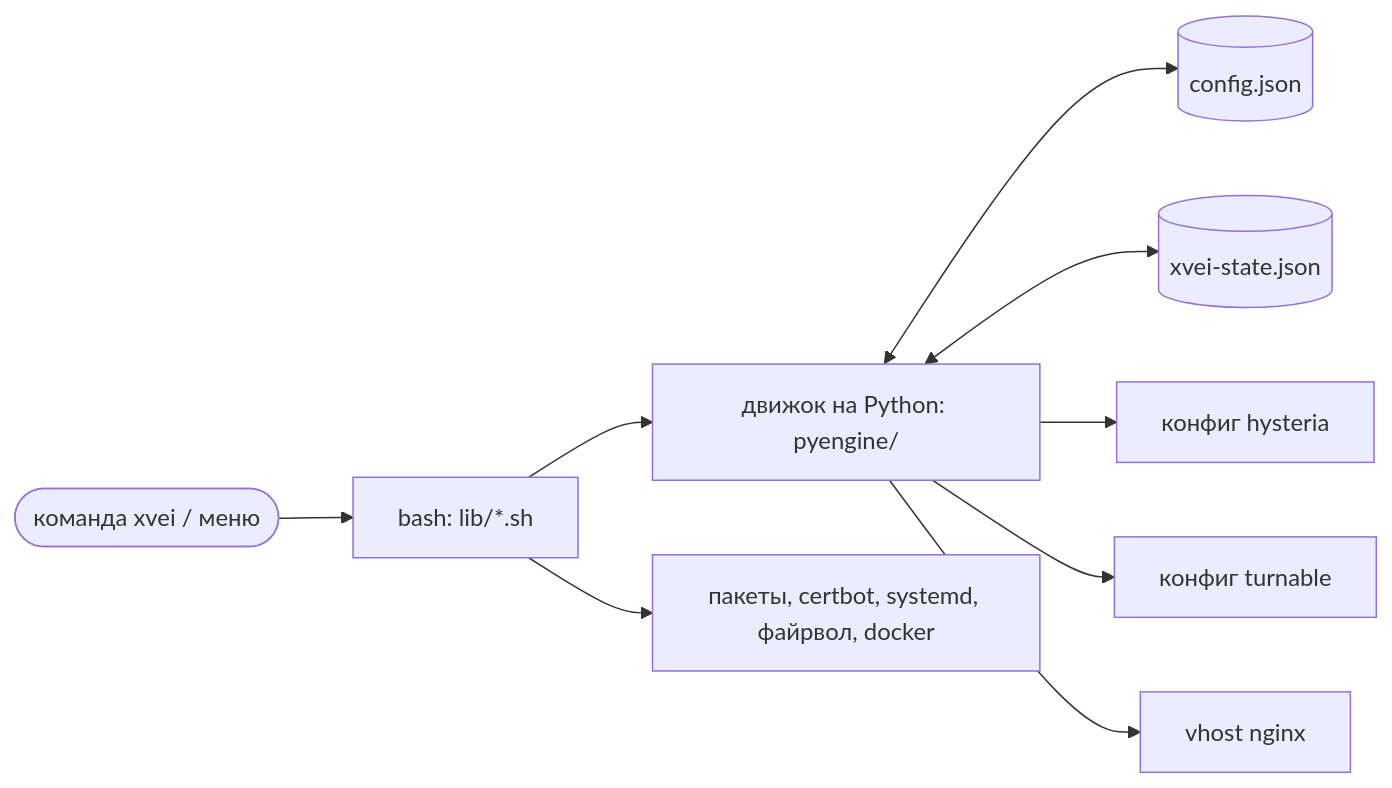
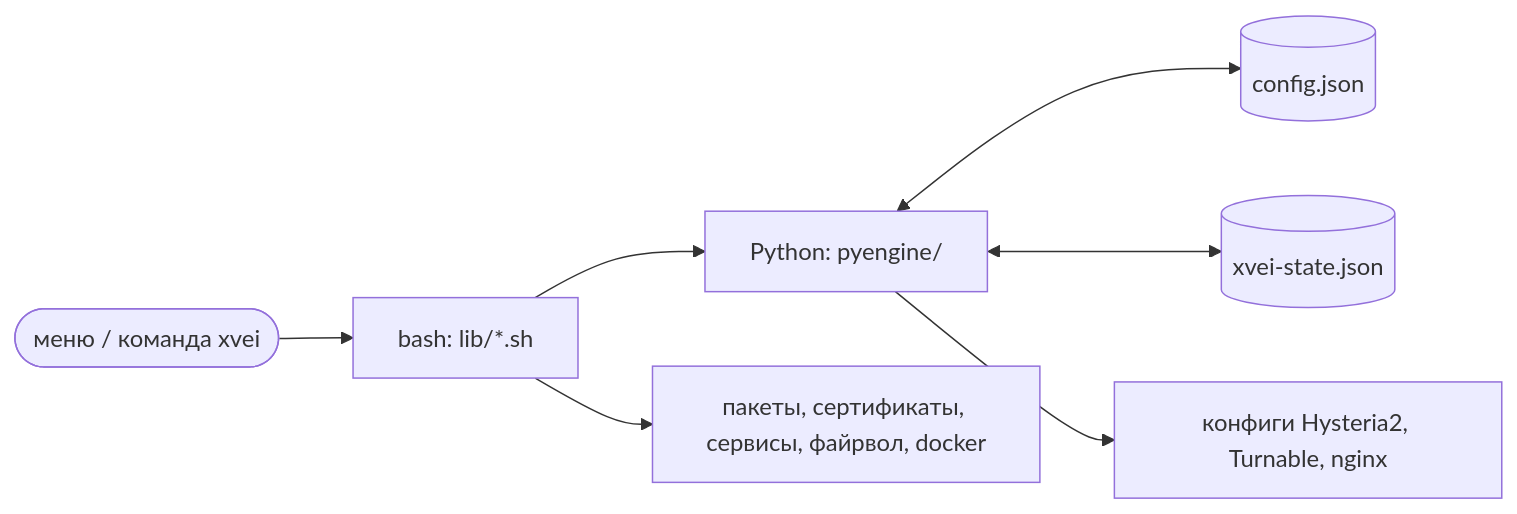
Before and after one commit to Shark-vil/xray_vless_easy_install_script: the first of 4 diagrams in docs/ru/architecture.md, drawn with Mermaid. The commit also changed other lines of this file and 29 other files, not shown here.

````diff
--- a/docs/ru/architecture.md
+++ b/docs/ru/architecture.md
@@ -7,11 +5,9 @@
 ```mermaid
 flowchart LR
-    user([команда xvei / меню]) --> bash[bash: lib/*.sh]
-    bash --> engine[движок на Python: pyengine/]
+    user([меню / команда xvei]) --> bash[bash: lib/*.sh]
+    bash --> engine[Python: pyengine/]
     engine <--> xcfg[(config.json)]
     engine <--> state[(xvei-state.json)]
-    engine --> hcfg[конфиг hysteria]
-    engine --> tcfg[конфиг turnable]
-    engine --> ncfg[vhost nginx]
-    bash --> sys[пакеты, certbot, systemd, файрвол, docker]
+    engine --> other[конфиги Hysteria2, Turnable, nginx]
+    bash --> sys[пакеты, сертификаты, сервисы, файрвол, docker]
 ```
````
